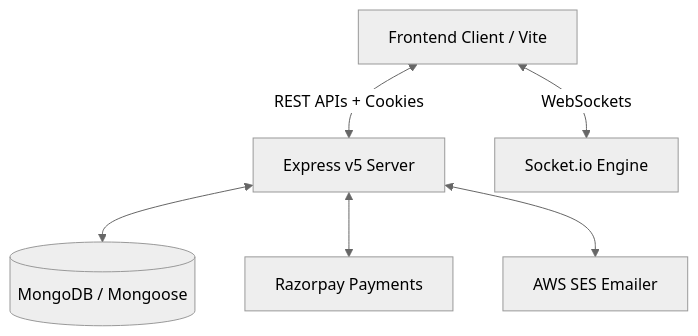
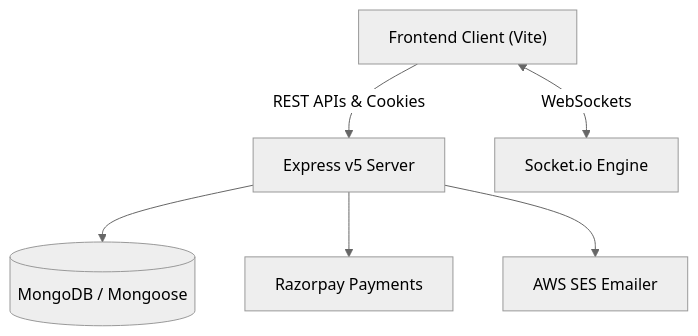
The diagram in README.md (Karthik-Nakkala/Date_Dev-backend), drawn with Mermaid (neutral theme) before and after one commit.

Commit message:
add readme file for visitors to understand datedev

````diff
--- a/README.md
+++ b/README.md
@@ -38,8 +38,8 @@
 ```mermaid
-graph TD
-    Client[Frontend Client / Vite] <-->|REST APIs + Cookies| Express[Express v5 Server]
-    Client <-->|WebSockets| Socket[Socket.io Engine]
-    Express <--> DB[(MongoDB / Mongoose)]
-    Express <--> Razorpay[Razorpay Payments]
-    Express <--> SES[AWS SES Emailer]
+flowchart TD
+    Client["Frontend Client (Vite)"] -->|"REST APIs & Cookies"| Express["Express v5 Server"]
+    Client <-->|"WebSockets"| Socket["Socket.io Engine"]
+    Express --> DB[("MongoDB / Mongoose")]
+    Express --> Razorpay["Razorpay Payments"]
+    Express --> SES["AWS SES Emailer"]
 ```
````
